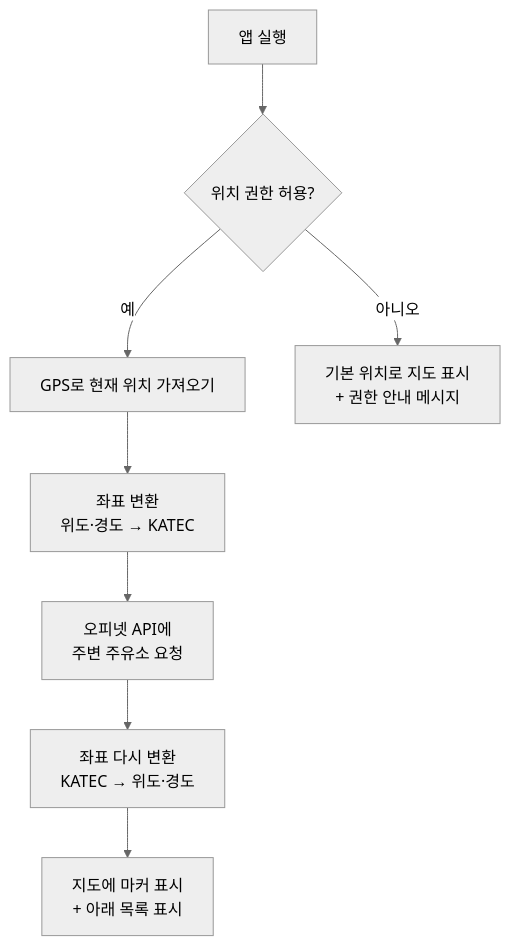
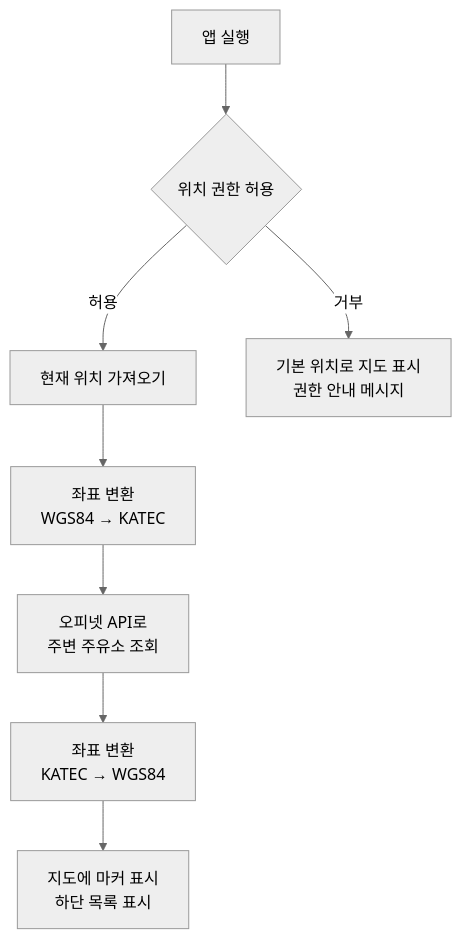
Before and after one commit to jaeheon777/FindCheapGas: the diagram in README.md, drawn with Mermaid (neutral theme). The commit also changed other lines of this file, not shown here.

````diff
--- a/README.md
+++ b/README.md
@@ -106,10 +88,10 @@
 ```mermaid
 flowchart TD
-    A[앱 실행] --> B{위치 권한 허용?}
-    B -- 예 --> C[GPS로 현재 위치 가져오기]
-    B -- 아니오 --> D[기본 위치로 지도 표시<br>+ 권한 안내 메시지]
-    C --> E[좌표 변환<br>위도·경도 → KATEC]
-    E --> F[오피넷 API에<br>주변 주유소 요청]
-    F --> G[좌표 다시 변환<br>KATEC → 위도·경도]
-    G --> H[지도에 마커 표시<br>+ 아래 목록 표시]
+    A[앱 실행] --> B{위치 권한 허용}
+    B -- 허용 --> C[현재 위치 가져오기]
+    B -- 거부 --> D[기본 위치로 지도 표시<br>권한 안내 메시지]
+    C --> E[좌표 변환<br>WGS84 → KATEC]
+    E --> F[오피넷 API로<br>주변 주유소 조회]
+    F --> G[좌표 변환<br>KATEC → WGS84]
+    G --> H[지도에 마커 표시<br>하단 목록 표시]
 ```
````
